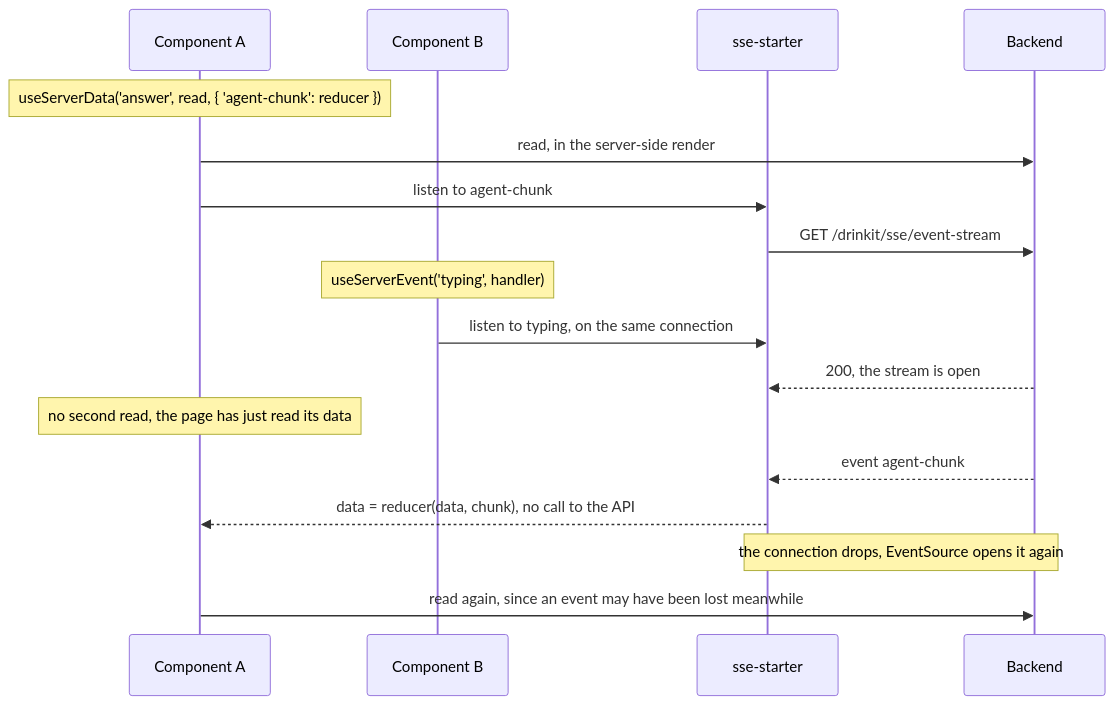
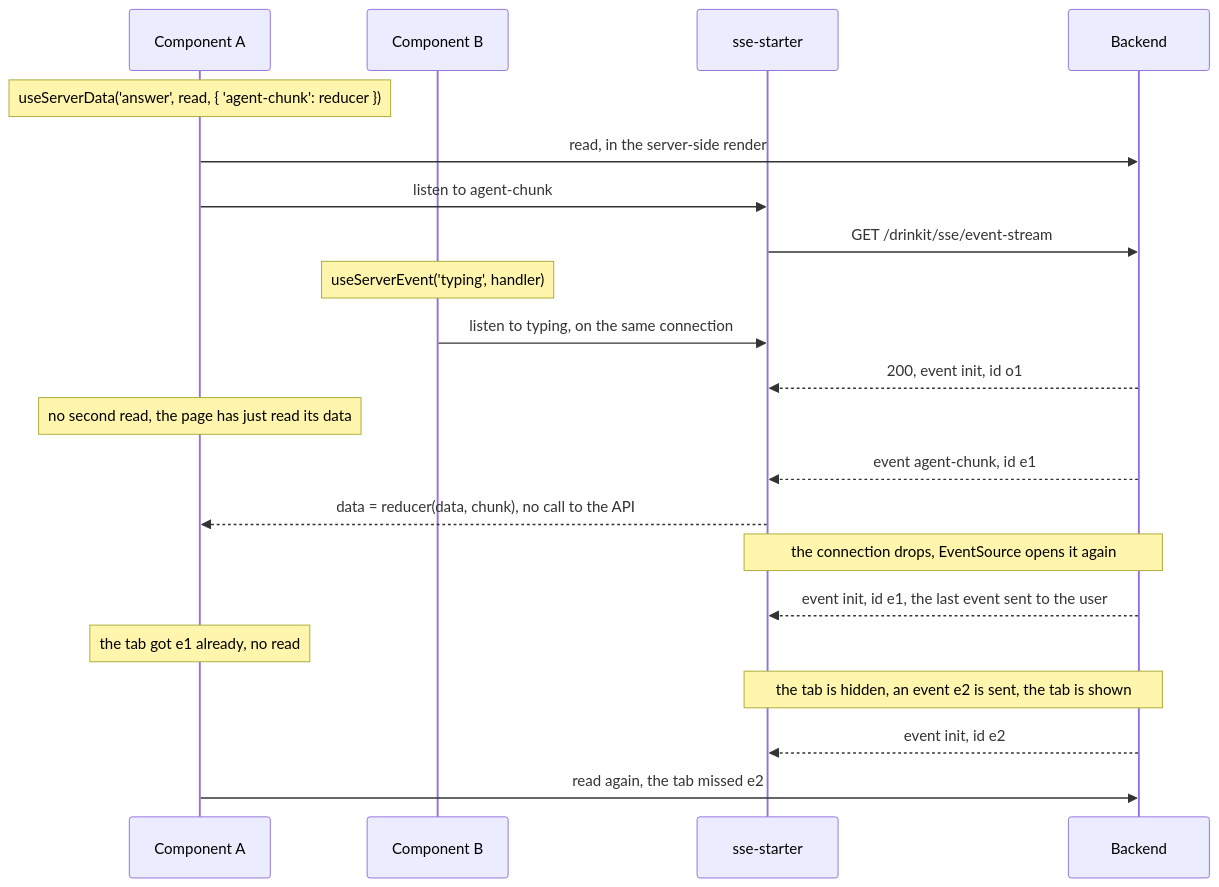
The first of 2 diagrams in tech-starters/frontend/sse-starter/README.md (mboisnard/drinkit), drawn with Mermaid before and after one commit. The commit also changed other lines of this file and 8 other files, not shown here.

First line of the commit message:
[TECH-STARTER] Read the data of a page again only when its tab missed a server event (#719)

````diff
--- a/tech-starters/frontend/sse-starter/README.md
+++ b/tech-starters/frontend/sse-starter/README.md
@@ -22,19 +22,23 @@
 ```mermaid
 sequenceDiagram
     participant A as Component A
     participant B as Component B
     participant Starter as sse-starter
     participant Backend
     Note over A: useServerData('answer', read, { 'agent-chunk': reducer })
     A->>Backend: read, in the server-side render
     A->>Starter: listen to agent-chunk
     Starter->>Backend: GET /drinkit/sse/event-stream
     Note over B: useServerEvent('typing', handler)
     B->>Starter: listen to typing, on the same connection
-    Backend-->>Starter: 200, the stream is open
+    Backend-->>Starter: 200, event init, id o1
     Note over A: no second read, the page has just read its data
-    Backend-->>Starter: event agent-chunk
+    Backend-->>Starter: event agent-chunk, id e1
     Starter-->>A: data = reducer(data, chunk), no call to the API
     Note over Starter,Backend: the connection drops, EventSource opens it again
-    A->>Backend: read again, since an event may have been lost meanwhile
+    Backend-->>Starter: event init, id e1, the last event sent to the user
+    Note over A: the tab got e1 already, no read
+    Note over Starter,Backend: the tab is hidden, an event e2 is sent, the tab is shown
+    Backend-->>Starter: event init, id e2
+    A->>Backend: read again, the tab missed e2
 ```
````
